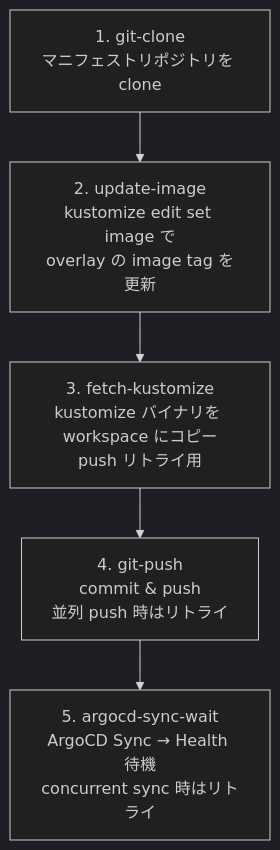
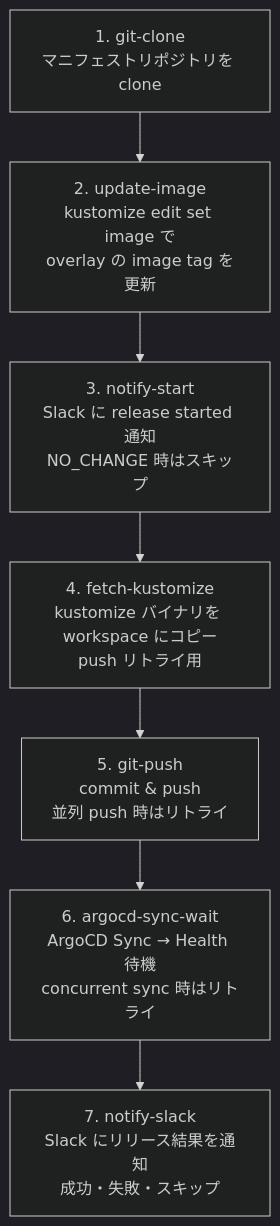
Before and after one commit to tarosaiba/argo-rollouts-sample: the second of 2 diagrams in docs/pipeline.md, drawn with Mermaid (dark theme). The commit also changed 2 other files, not shown here.

Commit message:
feat: add release started notification step
- Add notify-start step (Step 3) with blue color notification
- Skips notification for NO_CHANGE (already at target tag)
- Update step numbering and pipeline.md diagram

````diff
--- a/docs/pipeline.md
+++ b/docs/pipeline.md
@@ -47,10 +47,12 @@
 ```mermaid
 graph TD
     S1[1. git-clone<br/>マニフェストリポジトリを clone]
     S2[2. update-image<br/>kustomize edit set image で<br/>overlay の image tag を更新]
-    S3[3. fetch-kustomize<br/>kustomize バイナリを workspace にコピー<br/>push リトライ用]
-    S4[4. git-push<br/>commit & push<br/>並列 push 時はリトライ]
-    S5[5. argocd-sync-wait<br/>ArgoCD Sync → Health 待機<br/>concurrent sync 時はリトライ]
+    S3[3. notify-start<br/>Slack に release started 通知<br/>NO_CHANGE 時はスキップ]
+    S4[4. fetch-kustomize<br/>kustomize バイナリを workspace にコピー<br/>push リトライ用]
+    S5[5. git-push<br/>commit & push<br/>並列 push 時はリトライ]
+    S6[6. argocd-sync-wait<br/>ArgoCD Sync → Health 待機<br/>concurrent sync 時はリトライ]
+    S7[7. notify-slack<br/>Slack にリリース結果を通知<br/>成功・失敗・スキップ]
 
-    S1 --> S2 --> S3 --> S4 --> S5
+    S1 --> S2 --> S3 --> S4 --> S5 --> S6 --> S7
 ```
````
